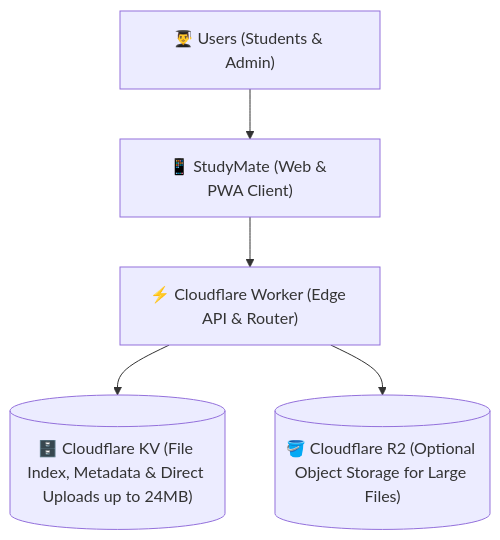
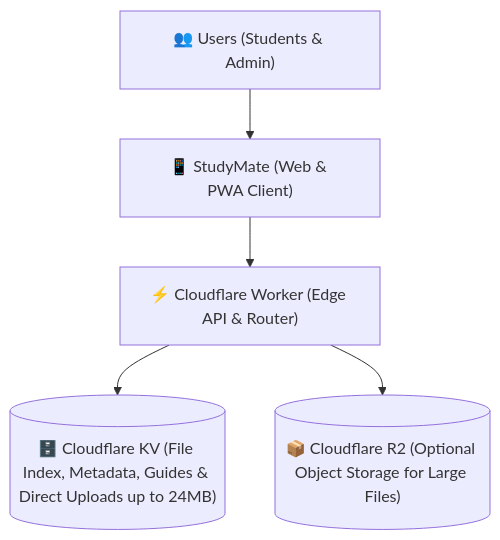
Before and after one commit to Boobesh-ir-23/Study-mate: the diagram in README.md, drawn with Mermaid. The commit also changed other lines of this file, not shown here.

````diff
--- a/README.md
+++ b/README.md
@@ -43,7 +46,7 @@
 ```mermaid
 flowchart TD
-    A["👨‍🎓 Users (Students & Admin)"] --> B["📱 StudyMate (Web & PWA Client)"]
+    A["👥 Users (Students & Admin)"] --> B["📱 StudyMate (Web & PWA Client)"]
     B --> C["⚡ Cloudflare Worker (Edge API & Router)"]
-    C --> D[("🗄️ Cloudflare KV (File Index, Metadata & Direct Uploads up to 24MB)")]
-    C --> E[("🪣 Cloudflare R2 (Optional Object Storage for Large Files)")]
+    C --> D[("🗄️ Cloudflare KV (File Index, Metadata, Guides & Direct Uploads up to 24MB)")]
+    C --> E[("📦 Cloudflare R2 (Optional Object Storage for Large Files)")]
 ```
````
